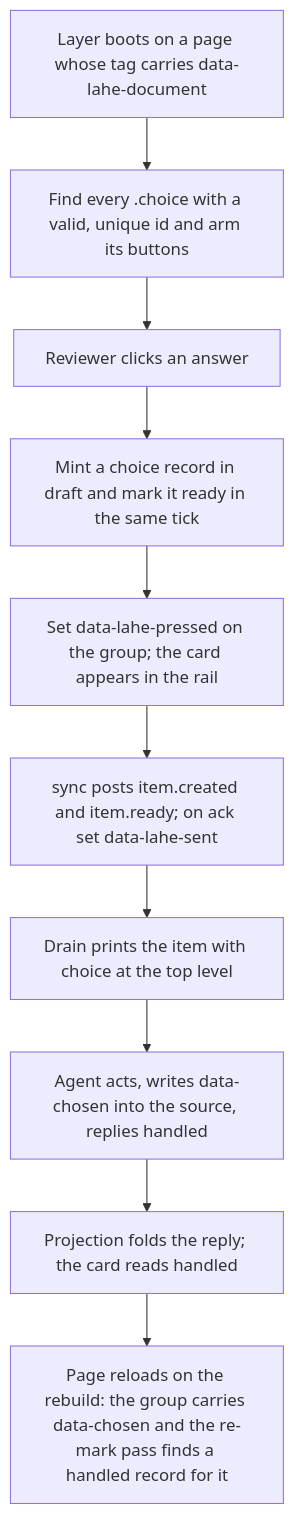
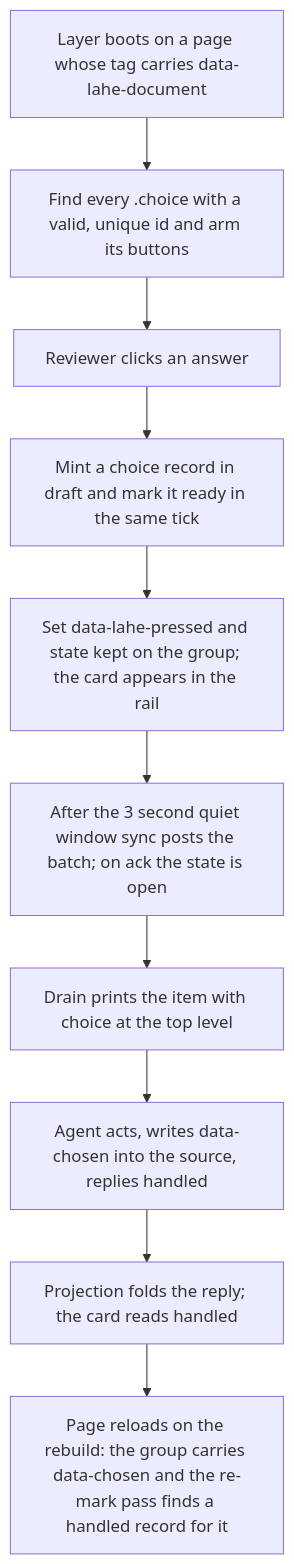
One commit to kenxle/live-agentic-html-editor changed the first of 2 diagrams in docs/features/20261013.01_choice_buttons/02_architecture_choice_buttons.md. Above: the diagram before and after it, drawn with Mermaid. The commit also changed other lines of this file and 3 other files, not shown here.

Commit message:
Choice buttons: PM review folded into the brief (12 findings), architecture carries the press batch and page states, progress page for Ken

````diff
--- a/docs/features/20261013.01_choice_buttons/02_architecture_choice_buttons.md
+++ b/docs/features/20261013.01_choice_buttons/02_architecture_choice_buttons.md
@@ -106,12 +111,12 @@
 ```mermaid
 flowchart TD
   A[Layer boots on a page whose tag carries data-lahe-document] --> B[Find every .choice with a valid, unique id and arm its buttons]
   B --> C[Reviewer clicks an answer]
   C --> D[Mint a choice record in draft and mark it ready in the same tick]
-  D --> E[Set data-lahe-pressed on the group; the card appears in the rail]
-  E --> F[sync posts item.created and item.ready; on ack set data-lahe-sent]
+  D --> E[Set data-lahe-pressed and state kept on the group; the card appears in the rail]
+  E --> F[After the 3 second quiet window sync posts the batch; on ack the state is open]
   F --> G[Drain prints the item with choice at the top level]
   G --> H[Agent acts, writes data-chosen into the source, replies handled]
   H --> I[Projection folds the reply; the card reads handled]
   I --> J[Page reloads on the rebuild: the group carries data-chosen and the re-mark pass finds a handled record for it]
 ```
````
